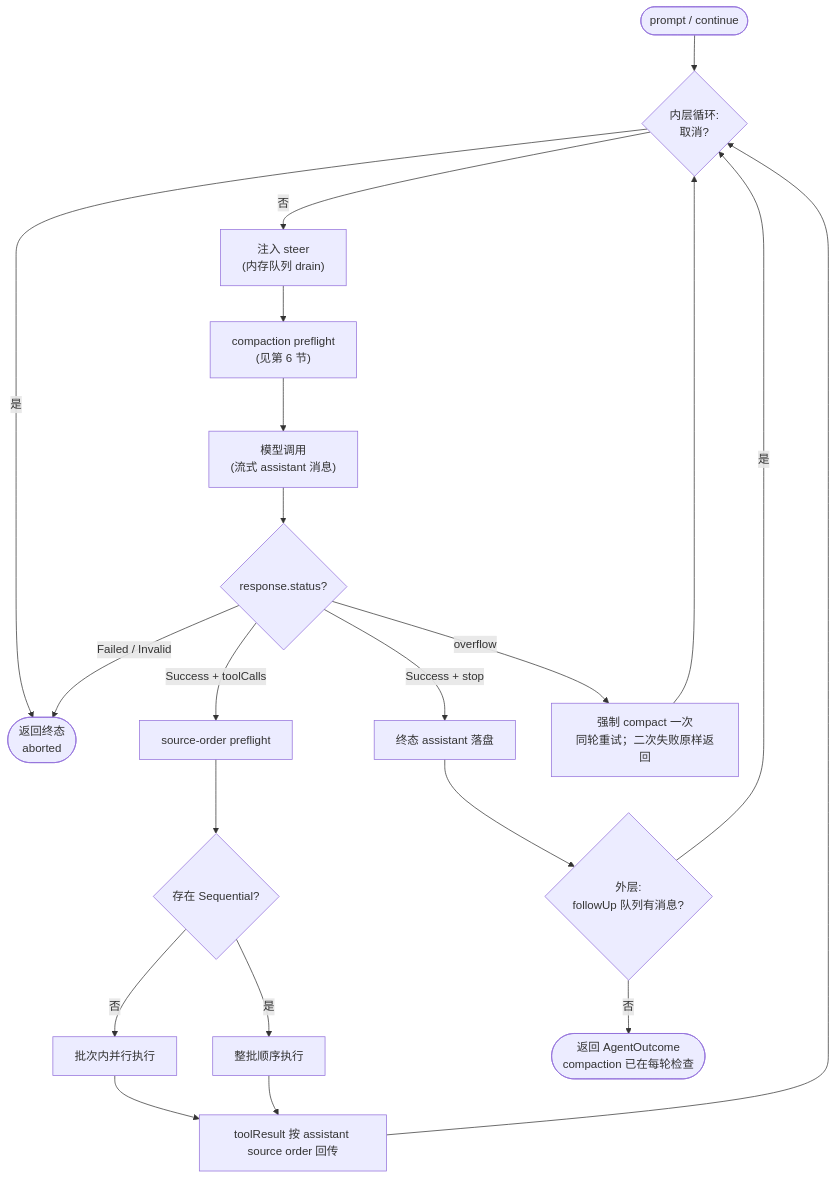
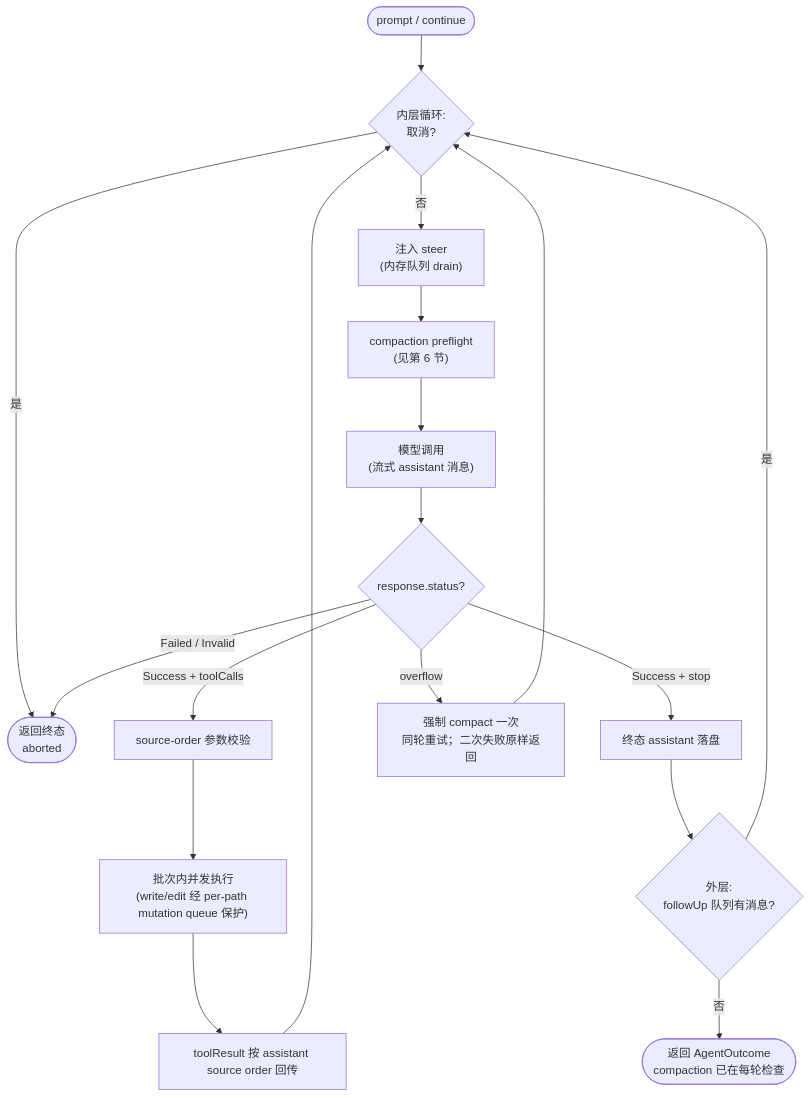
Before and after one commit to qjcnmd/singularity-agent: the third of 7 diagrams in docs/singularity.md, drawn with Mermaid. The commit also changed other lines of this file and 36 other files, not shown here.

````diff
--- a/docs/singularity.md
+++ b/docs/singularity.md
@@ -100,23 +103,20 @@
 ```mermaid
 flowchart TD
     A(["prompt / continue"]) --> B{"内层循环:<br/>取消?"}
     B -- 是 --> Z(["返回终态<br/>aborted"])
     B -- 否 --> C["注入 steer<br/>(内存队列 drain)"]
     C --> D["compaction preflight<br/>(见第 6 节)"]
     D --> E["模型调用<br/>(流式 assistant 消息)"]
     E --> F{"response.status?"}
-    F -- "Success + toolCalls" --> G["source-order preflight"]
-    G --> G2{"存在 Sequential?"}
-    G2 -- 否 --> G3["批次内并行执行"]
-    G2 -- 是 --> G4["整批顺序执行"]
+    F -- "Success + toolCalls" --> G["source-order 参数校验"]
+    G --> G3["批次内并发执行<br/>(write/edit 经 per-path mutation queue 保护)"]
     G3 --> H["toolResult 按 assistant source order 回传"]
-    G4 --> H
     H --> B
     F -- "Success + stop" --> I["终态 assistant 落盘"]
     F -- "overflow" --> J["强制 compact 一次<br/>同轮重试；二次失败原样返回"]
     J --> B
     F -- "Failed / Invalid" --> Z
     I --> L{"外层:<br/>followUp 队列有消息?"}
     L -- 是 --> B
     L -- 否 --> M(["返回 AgentOutcome<br/>compaction 已在每轮检查"])
 ```
````
